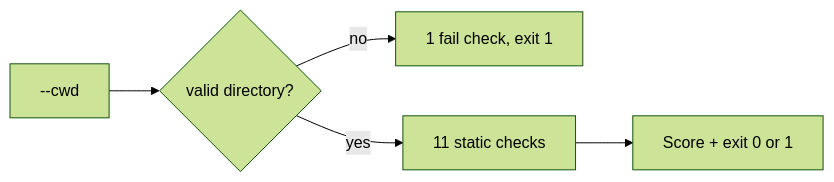
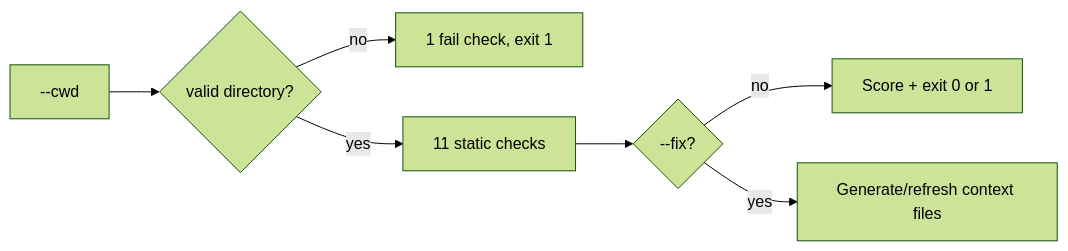
The second of 2 diagrams in README.md (LeMinhSang2k5/ready-for-agents), drawn with Mermaid (forest theme) before and after one commit. The commit also changed other lines of this file and 48 other files, not shown here.

````diff
--- a/README.md
+++ b/README.md
@@ -346,7 +463,9 @@
 ```mermaid
 flowchart LR
   I[--cwd] --> J{valid directory?}
   J -->|no| K[1 fail check, exit 1]
   J -->|yes| L[11 static checks]
-  L --> M[Score + exit 0 or 1]
+  L --> M{--fix?}
+  M -->|no| N[Score + exit 0 or 1]
+  M -->|yes| O[Generate/refresh context files]
 ```
````
